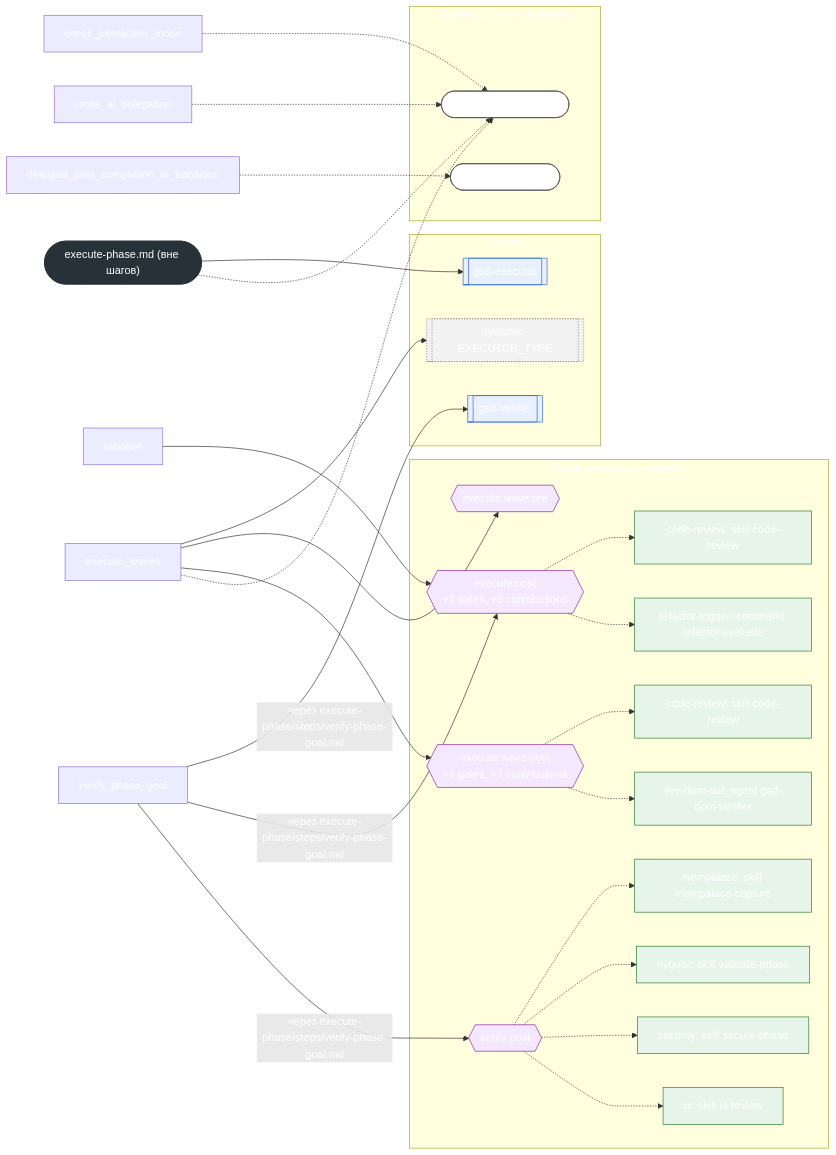
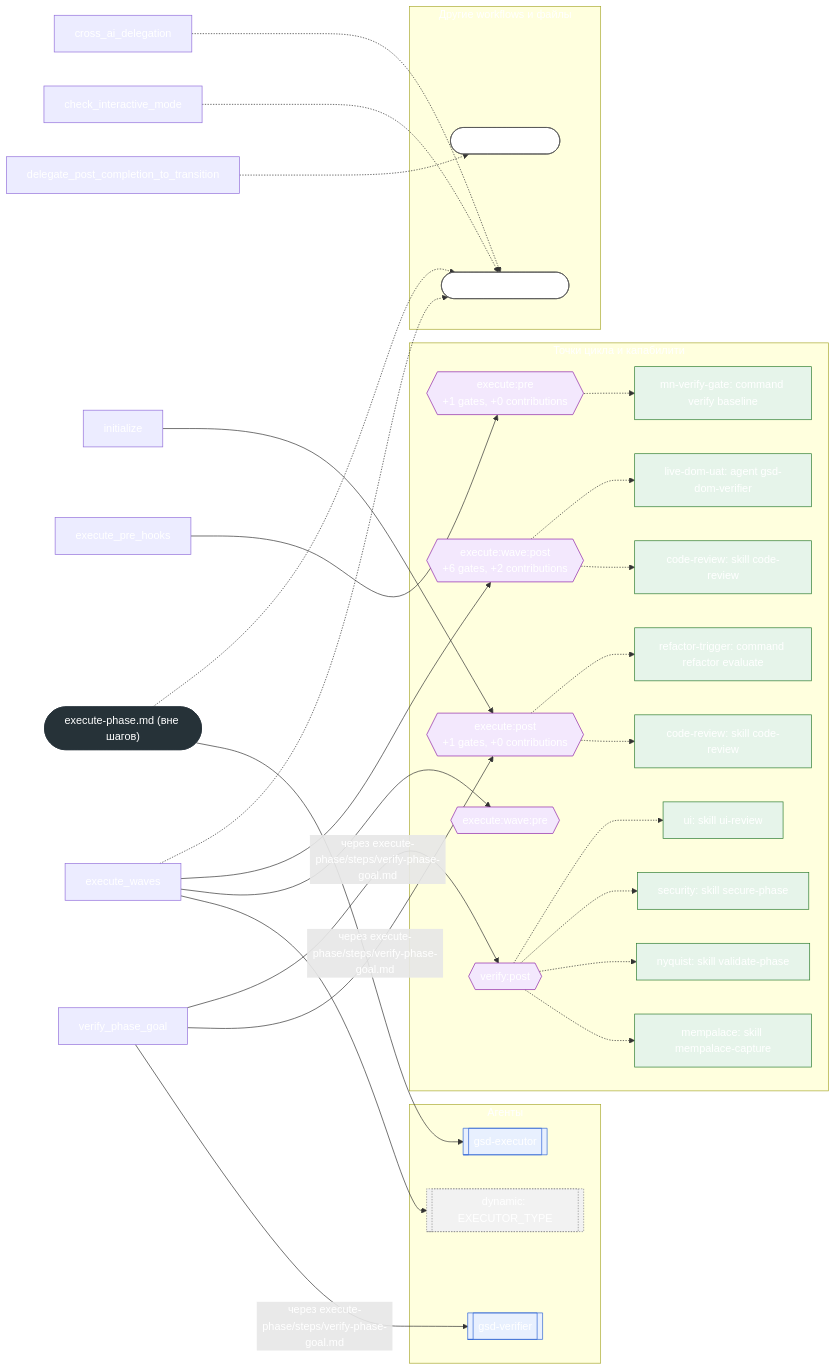
The second of 2 diagrams in docs/reference/workflow-maps/execute-phase.md (Govorin/gsd-core), drawn with Mermaid before and after one commit. The commit also changed other lines of this file and 34 other files, not shown here.

````diff
--- a/docs/reference/workflow-maps/execute-phase.md
+++ b/docs/reference/workflow-maps/execute-phase.md
@@ -76,64 +79,69 @@
 ```mermaid
 flowchart LR
   subgraph g_agents["Агенты"]
     a_gsd_executor[["gsd-executor"]]:::agent
     d_a_dyn_EXECUTOR_TYPE[["dynamic#58; EXECUTOR_TYPE"]]:::dynamic
     a_gsd_verifier[["gsd-verifier"]]:::agent
   end
   subgraph g_points["Точки цикла и капабилити"]
     p_execute_post{{"execute#58;post<br/>+1 gates, +0 contributions"}}:::point
     c_execute_post_code_review_skill_code_review["code-review#58; skill code-review"]:::capability
     c_execute_post_refactor_trigger_command_refactor_evaluate["refactor-trigger#58; command refactor evaluate"]:::capability
+    p_execute_pre{{"execute#58;pre<br/>+1 gates, +0 contributions"}}:::point
+    c_execute_pre_mn_verify_gate_command_verify_baseline["mn-verify-gate#58; command verify baseline"]:::capability
     p_execute_wave_pre{{"execute#58;wave#58;pre"}}:::point
     p_execute_wave_post{{"execute#58;wave#58;post<br/>+6 gates, +2 contributions"}}:::point
     c_execute_wave_post_code_review_skill_code_review["code-review#58; skill code-review"]:::capability
     c_execute_wave_post_live_dom_uat_agent_gsd_dom_verifier["live-dom-uat#58; agent gsd-dom-verifier"]:::capability
     p_verify_post{{"verify#58;post"}}:::point
     c_verify_post_mempalace_skill_mempalace_capture["mempalace#58; skill mempalace-capture"]:::capability
     c_verify_post_nyquist_skill_validate_phase["nyquist#58; skill validate-phase"]:::capability
     c_verify_post_security_skill_secure_phase["security#58; skill secure-phase"]:::capability
     c_verify_post_ui_skill_ui_review["ui#58; skill ui-review"]:::capability
   end
   subgraph g_files["Другие workflows и файлы"]
     w_gsd_core_workflows_execute_plan_md(["workflow#58; execute-plan"]):::workflow
     w_gsd_core_workflows_transition_md(["workflow#58; transition"]):::workflow
   end
   wf_root(["execute-phase.md (вне шагов)"]):::root
   u_step_initialize["initialize"]
   u_step_check_interactive_mode["check_interactive_mode"]
+  u_step_execute_pre_hooks["execute_pre_hooks"]
   u_step_cross_ai_delegation["cross_ai_delegation"]
   u_step_execute_waves["execute_waves"]
   u_step_verify_phase_goal["verify_phase_goal"]
   u_step_delegate_post_completion_to_transition["delegate_post_completion_to_transition"]
   wf_root --> a_gsd_executor
   u_step_execute_waves --> d_a_dyn_EXECUTOR_TYPE
   u_step_verify_phase_goal -->|"через execute-phase/steps/verify-phase-goal.md"| a_gsd_verifier
   p_execute_post -.-> c_execute_post_code_review_skill_code_review
   p_execute_post -.-> c_execute_post_refactor_trigger_command_refactor_evaluate
   u_step_initialize --> p_execute_post
+  p_execute_pre -.-> c_execute_pre_mn_verify_gate_command_verify_baseline
+  u_step_execute_pre_hooks --> p_execute_pre
   u_step_execute_waves --> p_execute_wave_pre
   p_execute_wave_post -.-> c_execute_wave_post_code_review_skill_code_review
   p_execute_wave_post -.-> c_execute_wave_post_live_dom_uat_agent_gsd_dom_verifier
   u_step_execute_waves --> p_execute_wave_post
   u_step_verify_phase_goal -->|"через execute-phase/steps/verify-phase-goal.md"| p_execute_post
   p_verify_post -.-> c_verify_post_mempalace_skill_mempalace_capture
   p_verify_post -.-> c_verify_post_nyquist_skill_validate_phase
   p_verify_post -.-> c_verify_post_security_skill_secure_phase
   p_verify_post -.-> c_verify_post_ui_skill_ui_review
   u_step_verify_phase_goal -->|"через execute-phase/steps/verify-phase-goal.md"| p_verify_post
   wf_root -.-> w_gsd_core_workflows_execute_plan_md
   u_step_check_interactive_mode -.-> w_gsd_core_workflows_execute_plan_md
   u_step_cross_ai_delegation -.-> w_gsd_core_workflows_execute_plan_md
   u_step_execute_waves -.-> w_gsd_core_workflows_execute_plan_md
   u_step_delegate_post_completion_to_transition -.-> w_gsd_core_workflows_transition_md
   classDef missing fill:#fdecea,stroke:#d33,stroke-dasharray:4 3
   classDef unparsed fill:#f5f5f5,stroke:#999999,stroke-dasharray:4 3,color:#555
   classDef conditional fill:#fff8e1,stroke:#b28704
   classDef root fill:#263238,color:#ffffff,stroke:#263238
   classDef agent fill:#e8f0fe,stroke:#3367d6
   classDef builtin fill:#eeeeee,stroke:#777777
   classDef capability fill:#e6f4ea,stroke:#2e7d32
   classDef dynamic fill:#f2f2f2,stroke:#888,stroke-dasharray:2 2
   classDef point fill:#f3e8fd,stroke:#8e24aa
   classDef workflow fill:#ffffff,stroke:#555555
 ```
````
